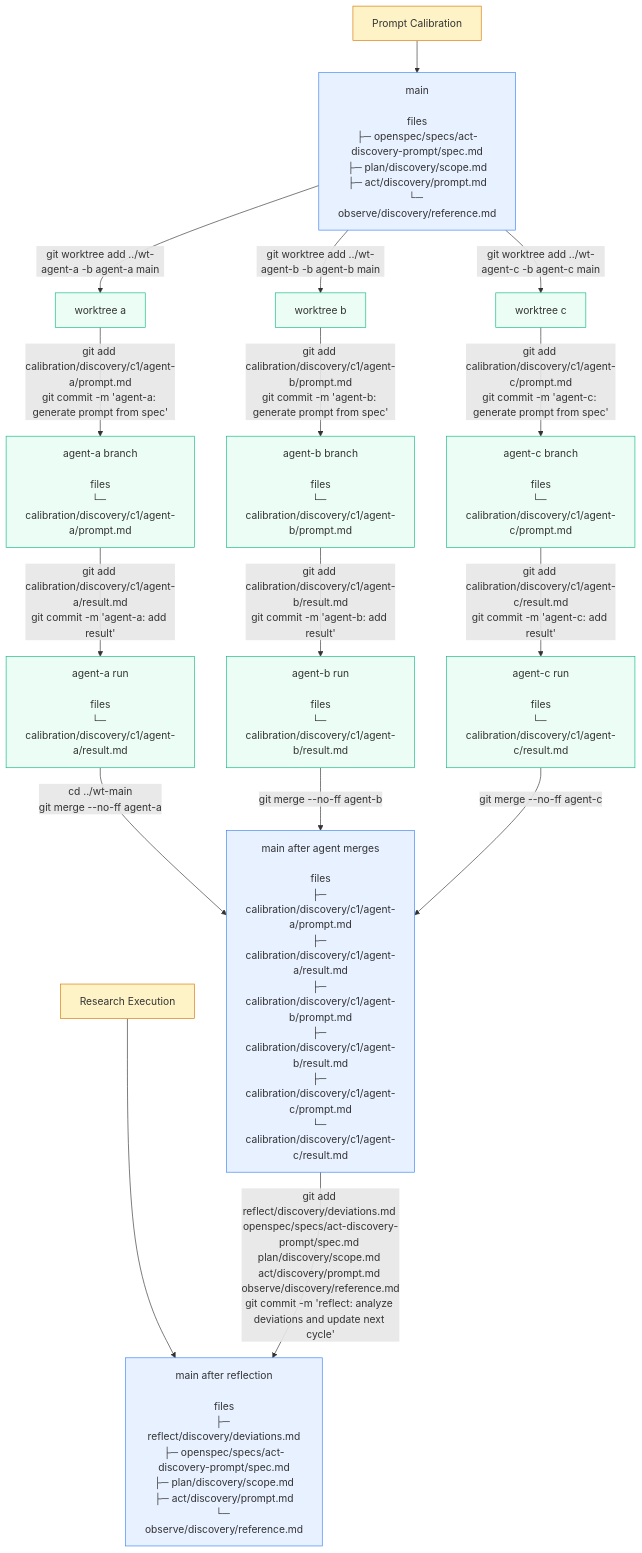
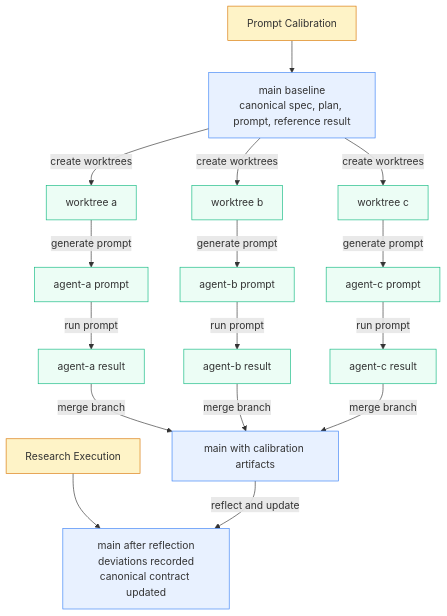
One commit to dtcc-platform/udt-platforms-mapping changed the diagram in README.md. Above: the diagram before and after it, drawn with Mermaid. The commit also changed other lines of this file and 5 other files, not shown here.

Commit message:
docs: clarify shared prompt spec reuse

```diff
--- a/README.md
+++ b/README.md
@@ -209,94 +210,50 @@
     C0["Prompt Calibration"]
     R0["Research Execution"]
 
-    M0["main
-
-files
-├─ openspec/specs/act-discovery-prompt/spec.md
-├─ plan/discovery/scope.md
-├─ act/discovery/prompt.md
-└─ observe/discovery/reference.md"]
+    M0["main baseline
+canonical spec, plan, prompt, reference result"]
 
     W1["worktree a"]
     W2["worktree b"]
     W3["worktree c"]
 
-    A1["agent-a branch
+    A1["agent-a prompt"]
 
-files
-└─ calibration/discovery/c1/agent-a/prompt.md"]
+    B1["agent-b prompt"]
 
-    B1["agent-b branch
+    C1["agent-c prompt"]
 
-files
-└─ calibration/discovery/c1/agent-b/prompt.md"]
+    A2["agent-a result"]
 
-    C1["agent-c branch
+    B2["agent-b result"]
 
-files
-└─ calibration/discovery/c1/agent-c/prompt.md"]
+    C2["agent-c result"]
 
-    A2["agent-a run
-
-files
-└─ calibration/discovery/c1/agent-a/result.md"]
-
-    B2["agent-b run
-
-files
-└─ calibration/discovery/c1/agent-b/result.md"]
-
-    C2["agent-c run
-
-files
-└─ calibration/discovery/c1/agent-c/result.md"]
-
-    M1["main after agent merges
-
-files
-├─ calibration/discovery/c1/agent-a/prompt.md
-├─ calibration/discovery/c1/agent-a/result.md
-├─ calibration/discovery/c1/agent-b/prompt.md
-├─ calibration/discovery/c1/agent-b/result.md
-├─ calibration/discovery/c1/agent-c/prompt.md
-└─ calibration/discovery/c1/agent-c/result.md"]
+    M1["main with calibration artifacts"]
 
     M2["main after reflection
-
-files
-├─ reflect/discovery/deviations.md
-├─ openspec/specs/act-discovery-prompt/spec.md
-├─ plan/discovery/scope.md
-├─ act/discovery/prompt.md
-└─ observe/discovery/reference.md"]
+deviations recorded
+canonical contract updated"]
 
     C0 --> M0
-    M0 -->|git worktree add ../wt-agent-a -b agent-a main| W1
-    M0 -->|git worktree add ../wt-agent-b -b agent-b main| W2
-    M0 -->|git worktree add ../wt-agent-c -b agent-c main| W3
+    M0 -->|create worktrees| W1
+    M0 -->|create worktrees| W2
+    M0 -->|create worktrees| W3
 
-    W1 -->|git add calibration/discovery/c1/agent-a/prompt.md
-git commit -m 'agent-a: generate prompt from spec'| A1
-    W2 -->|git add calibration/discovery/c1/agent-b/prompt.md
-git commit -m 'agent-b: generate prompt from spec'| B1
-    W3 -->|git add calibration/discovery/c1/agent-c/prompt.md
-git commit -m 'agent-c: generate prompt from spec'| C1
+    W1 -->|generate prompt| A1
+    W2 -->|generate prompt| B1
+    W3 -->|generate prompt| C1
 
-    A1 -->|git add calibration/discovery/c1/agent-a/result.md
-git commit -m 'agent-a: add result'| A2
-    B1 -->|git add calibration/discovery/c1/agent-b/result.md
-git commit -m 'agent-b: add result'| B2
-    C1 -->|git add calibration/discovery/c1/agent-c/result.md
-git commit -m 'agent-c: add result'| C2
+    A1 -->|run prompt| A2
+    B1 -->|run prompt| B2
+    C1 -->|run prompt| C2
 
-    A2 -->|cd ../wt-main
-git merge --no-ff agent-a| M1
-    B2 -->|git merge --no-ff agent-b| M1
-    C2 -->|git merge --no-ff agent-c| M1
+    A2 -->|merge branch| M1
+    B2 -->|merge branch| M1
+    C2 -->|merge branch| M1
 
     R0 --> M2
-    M1 -->|git add reflect/discovery/deviations.md openspec/specs/act-discovery-prompt/spec.md plan/discovery/scope.md act/discovery/prompt.md observe/discovery/reference.md
-git commit -m 'reflect: analyze deviations and update next cycle'| M2
+    M1 -->|reflect and update| M2
 
     classDef main fill:#e8f1ff,stroke:#3b82f6,stroke-width:1px;
     classDef agent fill:#ecfdf5,stroke:#10b981,stroke-width:1px;
```
